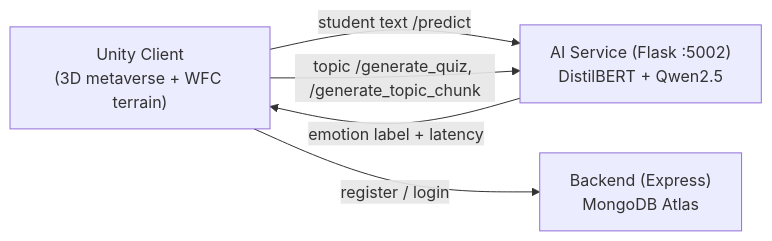
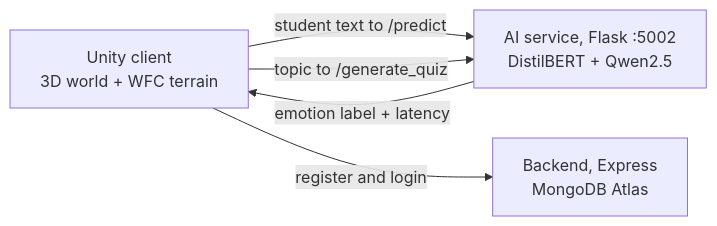
One commit to Exalt24/MAGSEL changed the diagram in README.md. Above: the diagram before and after it, drawn with Mermaid. The commit also changed other lines of this file and 1 other file, not shown here.

````diff
--- a/README.md
+++ b/README.md
@@ -26,10 +23,10 @@
 ```mermaid
 flowchart LR
-    U["Unity Client<br/>(3D metaverse + WFC terrain)"]
-    A["AI Service (Flask :5002)<br/>DistilBERT + Qwen2.5"]
-    B["Backend (Express)<br/>MongoDB Atlas"]
-    U -- "student text /predict" --> A
+    U["Unity client<br/>3D world + WFC terrain"]
+    A["AI service, Flask :5002<br/>DistilBERT + Qwen2.5"]
+    B["Backend, Express<br/>MongoDB Atlas"]
+    U -- "student text to /predict" --> A
     A -- "emotion label + latency" --> U
-    U -- "topic /generate_quiz, /generate_topic_chunk" --> A
-    U -- "register / login" --> B
+    U -- "topic to /generate_quiz" --> A
+    U -- "register and login" --> B
 ```
````
